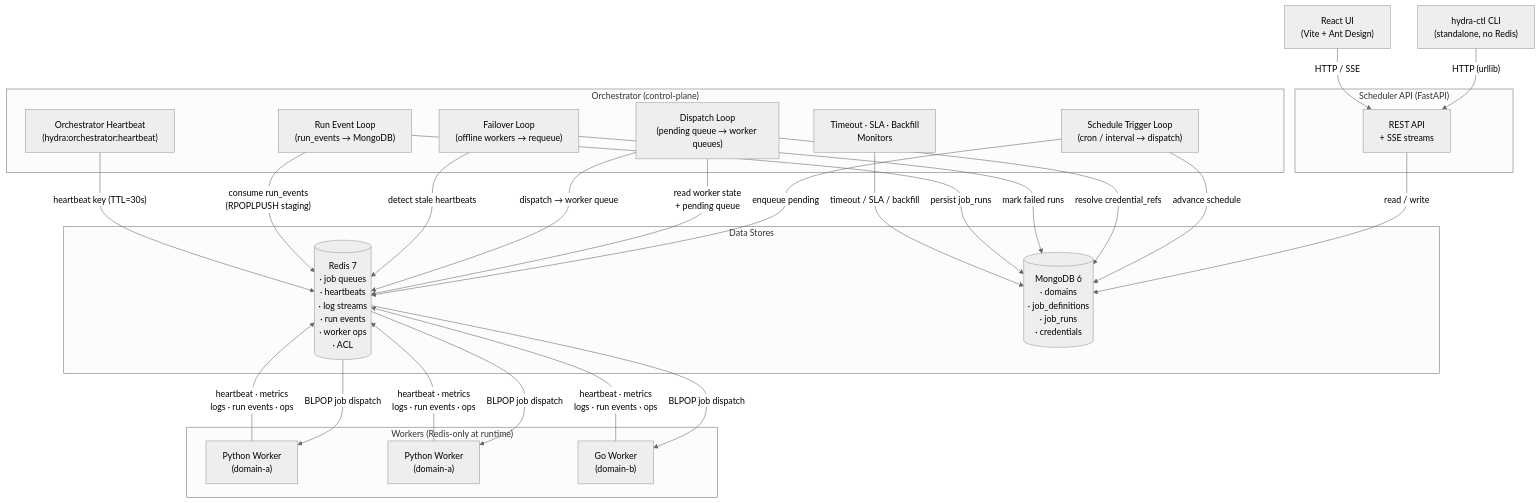
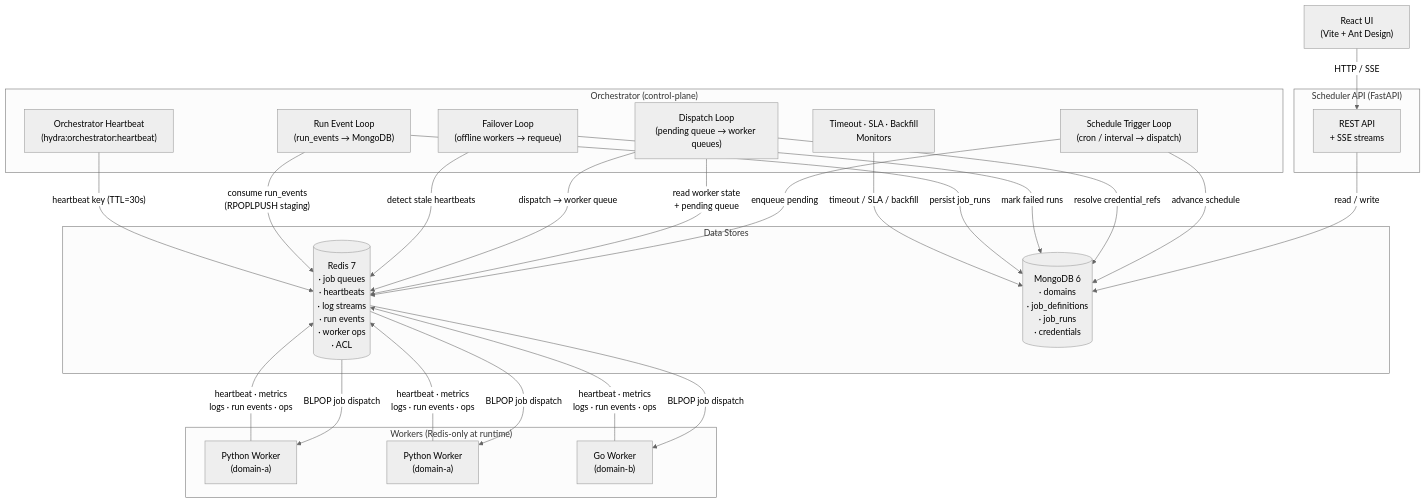
The first of 6 diagrams in docs/architecture.md (punassuming/hydra), drawn with Mermaid (neutral theme) before and after one commit. The commit also changed 47 other files, not shown here.

````diff
--- a/docs/architecture.md
+++ b/docs/architecture.md
@@ -61,56 +61,54 @@
 ```mermaid
 flowchart TB
-    CLI["hydra-ctl CLI\n(standalone, no Redis)"]
     UI["React UI\n(Vite + Ant Design)"]
 
     subgraph APIService["Scheduler API (FastAPI)"]
         API["REST API\n+ SSE streams"]
     end
 
     subgraph ControlPlane["Orchestrator (control-plane)"]
         STL["Schedule Trigger Loop\n(cron / interval → dispatch)"]
         DFL["Dispatch Loop\n(pending queue → worker queues)"]
         FOL["Failover Loop\n(offline workers → requeue)"]
         REL["Run Event Loop\n(run_events → MongoDB)"]
         MON["Timeout · SLA · Backfill\nMonitors"]
         HB["Orchestrator Heartbeat\n(hydra:orchestrator:heartbeat)"]
     end
 
     subgraph Stores["Data Stores"]
         Redis[("Redis 7\n· job queues\n· heartbeats\n· log streams\n· run events\n· worker ops\n· ACL")]
         MongoDB[("MongoDB 6\n· domains\n· job_definitions\n· job_runs\n· credentials")]
     end
 
     subgraph WorkerPool["Workers (Redis-only at runtime)"]
         WA1["Python Worker\n(domain-a)"]
         WA2["Python Worker\n(domain-a)"]
         WB1["Go Worker\n(domain-b)"]
     end
 
     %% Clients ↔ Scheduler API
-    CLI -- "HTTP (urllib)" --> API
     UI  -- "HTTP / SSE" --> API
     API -- "read / write" --> MongoDB
 
     %% Orchestrator loops ↔ Redis + MongoDB
     STL -- "advance schedule" --> MongoDB
     STL -- "enqueue pending" --> Redis
     DFL -- "read worker state\n+ pending queue" --> Redis
     DFL -- "resolve credential_refs" --> MongoDB
     DFL -- "dispatch → worker queue" --> Redis
     FOL -- "detect stale heartbeats" --> Redis
     FOL -- "mark failed runs" --> MongoDB
     REL -- "consume run_events\n(RPOPLPUSH staging)" --> Redis
     REL -- "persist job_runs" --> MongoDB
     MON -- "timeout / SLA / backfill" --> MongoDB
     HB  -- "heartbeat key (TTL=30s)" --> Redis
 
     %% Redis ↔ Workers
     Redis -- "BLPOP job dispatch" --> WA1
     Redis -- "BLPOP job dispatch" --> WA2
     Redis -- "BLPOP job dispatch" --> WB1
 
     WA1 -- "heartbeat · metrics\nlogs · run events · ops" --> Redis
     WA2 -- "heartbeat · metrics\nlogs · run events · ops" --> Redis
     WB1 -- "heartbeat · metrics\nlogs · run events · ops" --> Redis
 ```
````
